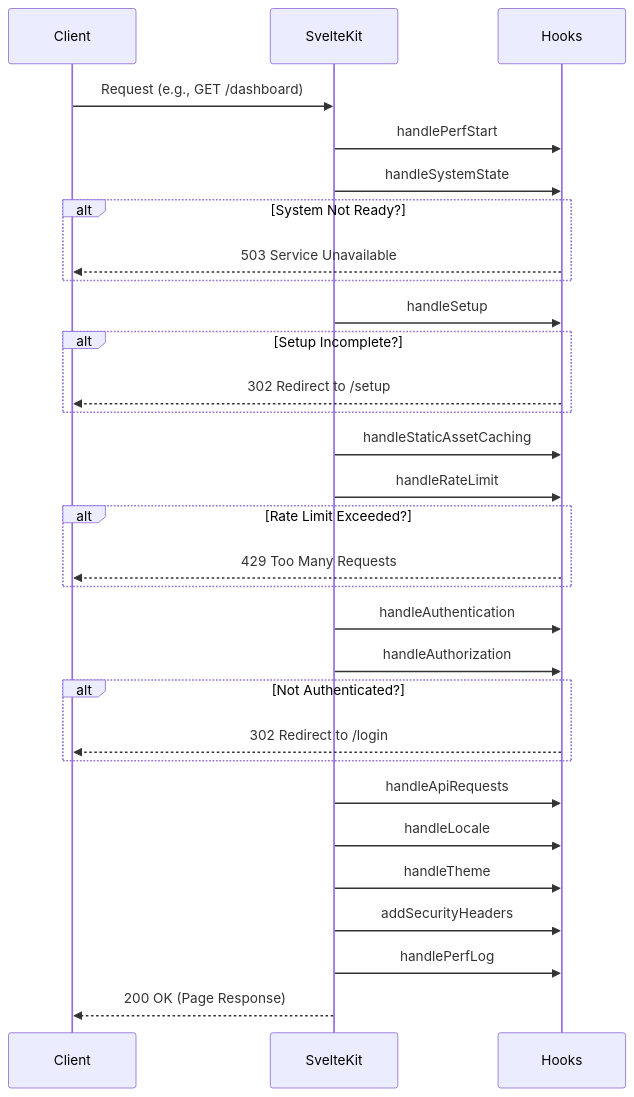
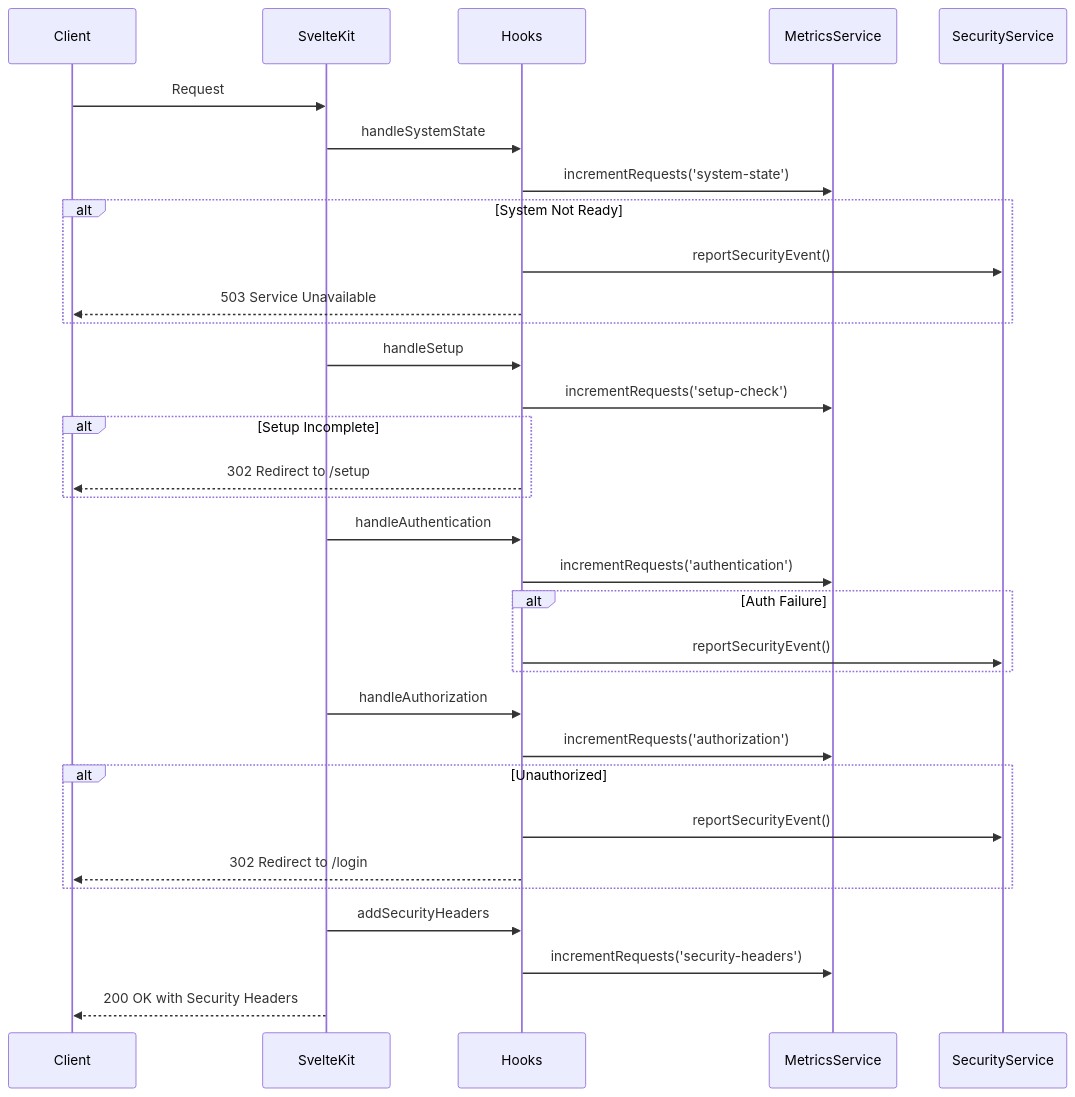
Before and after one commit to SveltyCMS/SveltyCMS: the diagram in docs/architecture/server-hooks.mdx, drawn with Mermaid. The commit also changed other lines of this file and 83 other files, not shown here.

````diff
--- a/docs/architecture/server-hooks.mdx
+++ b/docs/architecture/server-hooks.mdx
@@ -67,33 +282,40 @@
 ```mermaid
 sequenceDiagram
     participant Client
     participant SvelteKit
     participant Hooks
+    participant MetricsService
+    participant SecurityService
 
-    Client->>SvelteKit: Request (e.g., GET /dashboard)
-    SvelteKit->>Hooks: handlePerfStart
+    Client->>SvelteKit: Request
     SvelteKit->>Hooks: handleSystemState
-    alt System Not Ready?
+    Hooks->>MetricsService: incrementRequests('system-state')
+    alt System Not Ready
+        Hooks->>SecurityService: reportSecurityEvent()
         Hooks-->>Client: 503 Service Unavailable
     end
+
     SvelteKit->>Hooks: handleSetup
-    alt Setup Incomplete?
+    Hooks->>MetricsService: incrementRequests('setup-check')
+    alt Setup Incomplete
         Hooks-->>Client: 302 Redirect to /setup
     end
-    SvelteKit->>Hooks: handleStaticAssetCaching
-    SvelteKit->>Hooks: handleRateLimit
-    alt Rate Limit Exceeded?
-        Hooks-->>Client: 429 Too Many Requests
+
+    SvelteKit->>Hooks: handleAuthentication
+    Hooks->>MetricsService: incrementRequests('authentication')
+    alt Auth Failure
+        Hooks->>SecurityService: reportSecurityEvent()
     end
-    SvelteKit->>Hooks: handleAuthentication
+
     SvelteKit->>Hooks: handleAuthorization
-    alt Not Authenticated?
+    Hooks->>MetricsService: incrementRequests('authorization')
+    alt Unauthorized
+        Hooks->>SecurityService: reportSecurityEvent()
         Hooks-->>Client: 302 Redirect to /login
     end
-    SvelteKit->>Hooks: handleApiRequests
-    SvelteKit->>Hooks: handleLocale
-    SvelteKit->>Hooks: handleTheme
+
     SvelteKit->>Hooks: addSecurityHeaders
-    SvelteKit->>Hooks: handlePerfLog
-    SvelteKit-->>Client: 200 OK (Page Response)
+    Hooks->>MetricsService: incrementRequests('security-headers')
+
+    SvelteKit-->>Client: 200 OK with Security Headers
 ```
````
